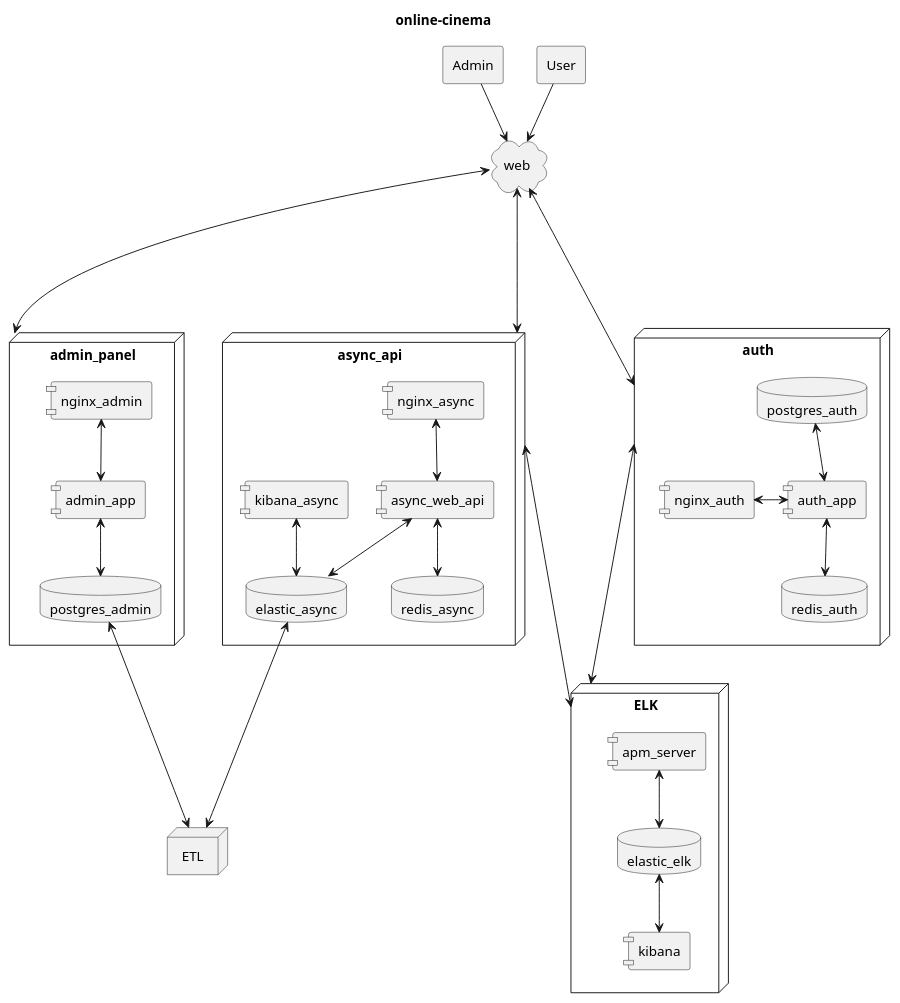
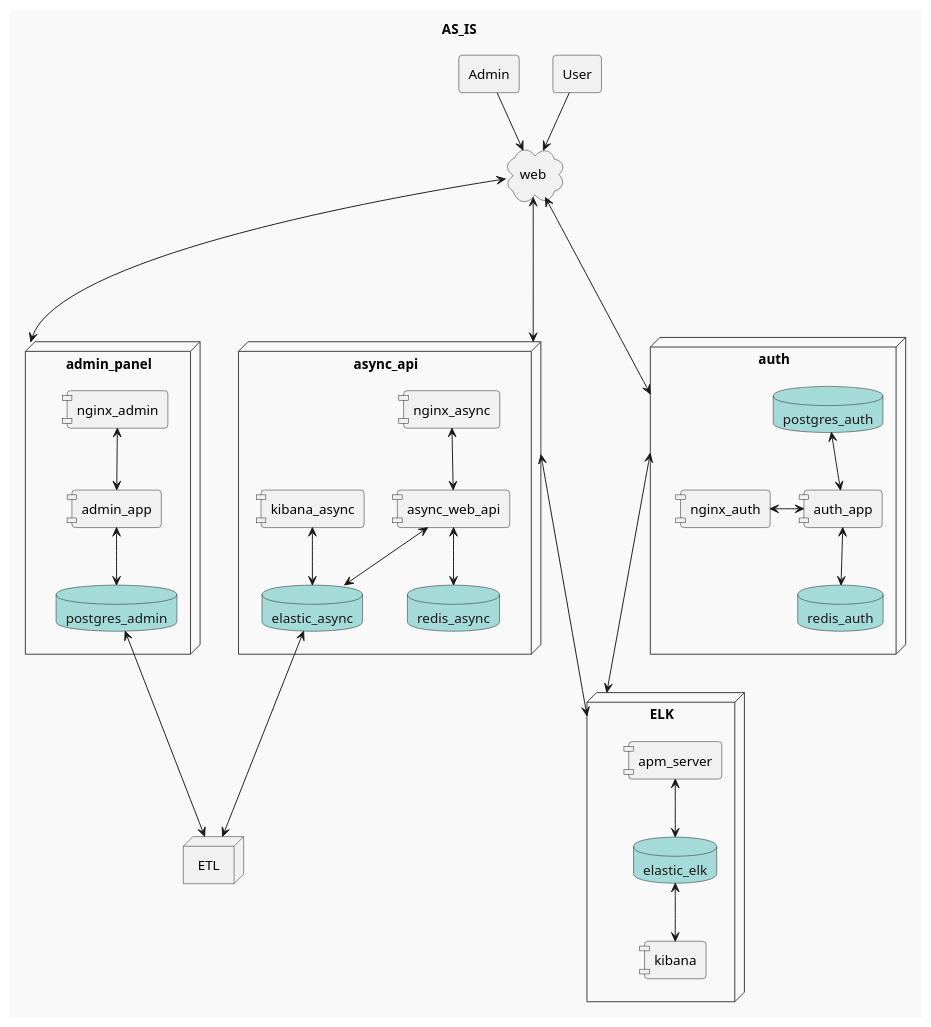
One commit to v-v-d/ugc_sprint_1 changed the diagram in architecture/as_is.puml. Above: the diagram before and after it, drawn with PlantUML.

Commit message:
Changed title

```diff
--- a/architecture/as_is.puml
+++ b/architecture/as_is.puml
@@ -1,64 +1,65 @@
 @startuml
+!theme mars
 skinparam componentStyle uml1
 
 agent Admin
 agent User
 
 cloud web {
 }
 
-title online-cinema
+title AS_IS
 
 node admin_panel {
     component nginx_admin
     database postgres_admin
 
     [admin_app] <-down-> postgres_admin
     nginx_admin <-down-> [admin_app]
 }
 
 node async_api {
     component nginx_async
     database redis_async
     database elastic_async
     component kibana_async
 
     kibana_async <-down-> elastic_async
     [async_web_api] <-down-> redis_async
     [async_web_api] <-up-> nginx_async
     elastic_async <-up-> [async_web_api]
 }
 
 node auth {
     component nginx_auth
     database redis_auth
     database postgres_auth
 
     redis_auth <-up-> [auth_app]
     [auth_app] <-up-> postgres_auth
     nginx_auth <-> [auth_app]
 }
 
 node ETL
 
 node ELK {
     component apm_server
     database elastic_elk
     component kibana
     elastic_elk <-down-> kibana
     apm_server <-down-> elastic_elk
 }
 
 User --> web
 Admin --> web
 
 web <----> admin_panel
 web <----> auth
 web <----> async_api
 
 auth <---down-> ELK
 async_api <--down-> ELK
 
 postgres_admin <---> ETL
 elastic_async <---> ETL
 @enduml
```
